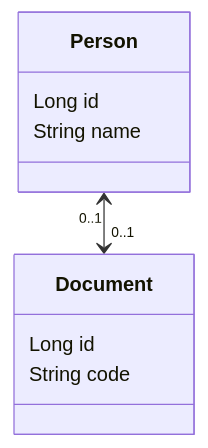
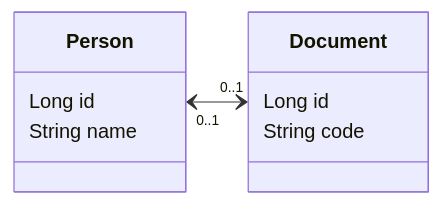
The diagram in README.md (lucasvalenteds/poc-jpa-one-to-one-bidirectional), drawn with Mermaid before and after one commit.

Commit message:
Changing README ER diagram direction
Displaying entities horizontally instead of vertically.

````diff
--- a/README.md
+++ b/README.md
@@ -23,15 +23,15 @@
 ```mermaid
 classDiagram
-direction BT
+direction LR
 
 class Document {
     Long  id
     String  code
 }
 class Person {
     Long  id
     String  name
 }
 
-Document "0..1" <--> "0..1" Person 
+Person "0..1" <--> "0..1" Document
 ```
````
